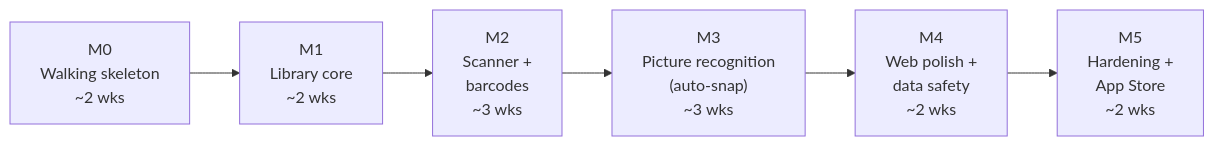
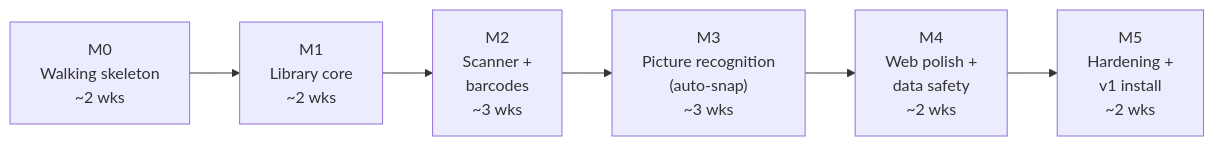
One commit to coryfinnegan/CollectionMaxxing changed the diagram in docs/11-roadmap.md. Above: the diagram before and after it, drawn with Mermaid. The commit also changed other lines of this file and 13 other files, not shown here.

````diff
--- a/docs/11-roadmap.md
+++ b/docs/11-roadmap.md
@@ -5,8 +5,8 @@
 ```mermaid
 flowchart LR
   M0["M0<br/>Walking skeleton<br/>~2 wks"] --> M1["M1<br/>Library core<br/>~2 wks"]
   M1 --> M2["M2<br/>Scanner +<br/>barcodes<br/>~3 wks"]
   M2 --> M3["M3<br/>Picture recognition<br/>(auto-snap)<br/>~3 wks"]
   M3 --> M4["M4<br/>Web polish +<br/>data safety<br/>~2 wks"]
-  M4 --> M5["M5<br/>Hardening +<br/>App Store<br/>~2 wks"]
+  M4 --> M5["M5<br/>Hardening +<br/>v1 install<br/>~2 wks"]
 ```
````
